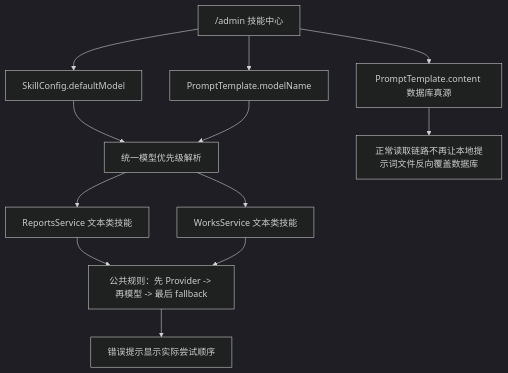
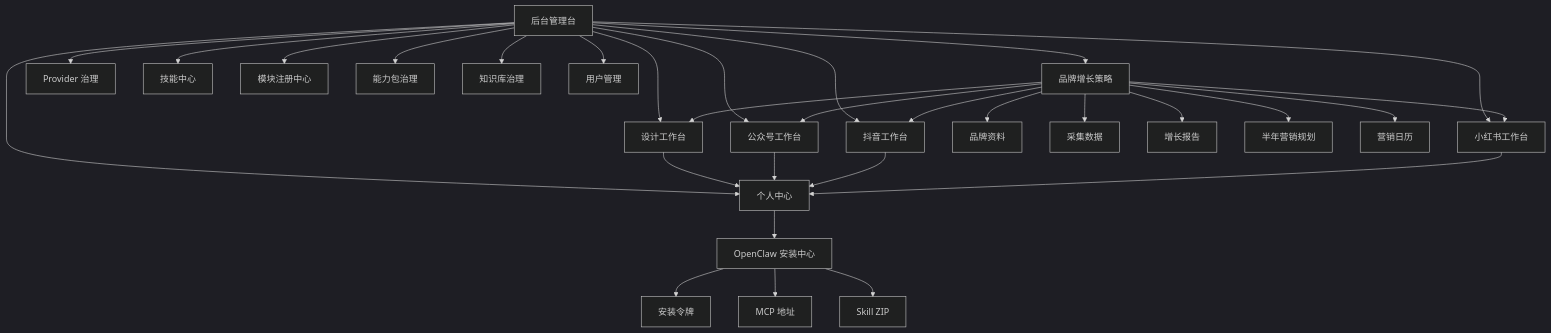
The third of 5 diagrams in docs/site-map-mermaid.md (Depthukesh/ai-omni-ops-system), drawn with Mermaid (dark theme) before and after one commit. The commit also changed other lines of this file and 71 other files, not shown here.

````diff
--- a/docs/site-map-mermaid.md
+++ b/docs/site-map-mermaid.md
@@ -254,15 +87,46 @@
 ```mermaid
 flowchart TD
-    A["/admin 技能中心"]
-    A --> A1["SkillConfig.defaultModel"]
-    A --> A2["PromptTemplate.modelName"]
-    A --> A3["PromptTemplate.content 数据库真源"]
-    A1 --> B["统一模型优先级解析"]
-    A2 --> B
-    A3 --> B1["正常读取链路不再让本地提示词文件反向覆盖数据库"]
-    B --> C1["ReportsService 文本类技能"]
-    B --> C2["WorksService 文本类技能"]
-    C1 --> D["公共规则：先 Provider -> 再模型 -> 最后 fallback"]
-    C2 --> D
-    D --> E["错误提示显示实际尝试顺序"]
+    A["品牌增长策略"]
+    B["小红书工作台"]
+    C["抖音工作台"]
+    D["公众号工作台"]
+    E["设计工作台"]
+    F["个人中心"]
+    G["后台管理台"]
+    H["OpenClaw 安装中心"]
+
+    A --> A1["品牌资料"]
+    A --> A2["采集数据"]
+    A --> A3["增长报告"]
+    A --> A4["半年营销规划"]
+    A --> A5["营销日历"]
+
+    A --> B
+    A --> C
+    A --> D
+    A --> E
+
+    B --> F
+    C --> F
+    D --> F
+    E --> F
+
+    G --> G1["Provider 治理"]
+    G --> G2["技能中心"]
+    G --> G3["模块注册中心"]
+    G --> G4["能力包治理"]
+    G --> G5["知识库治理"]
+    G --> G6["用户管理"]
+
+    G --> A
+    G --> B
+    G --> C
+    G --> D
+    G --> E
+    G --> F
+
+    F --> H
+    H --> H1["安装令牌"]
+    H --> H2["MCP 地址"]
+    H --> H3["Skill ZIP"]
 ```
````
